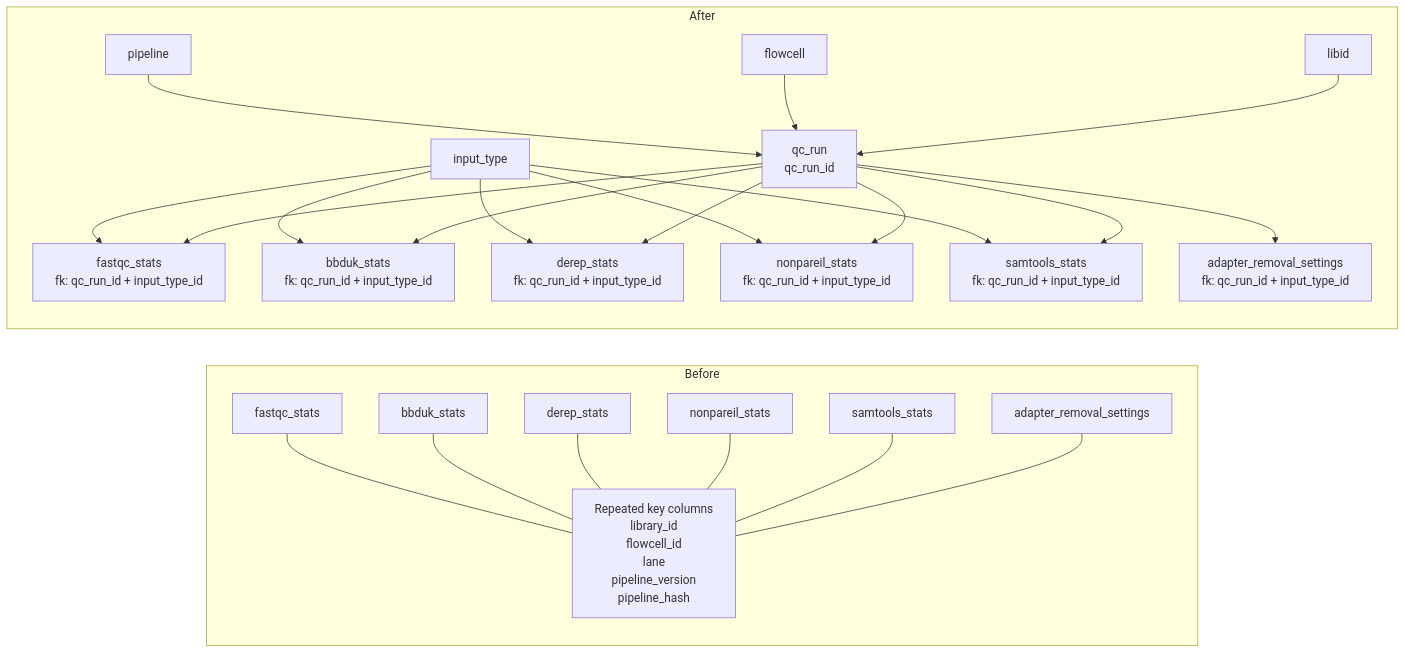
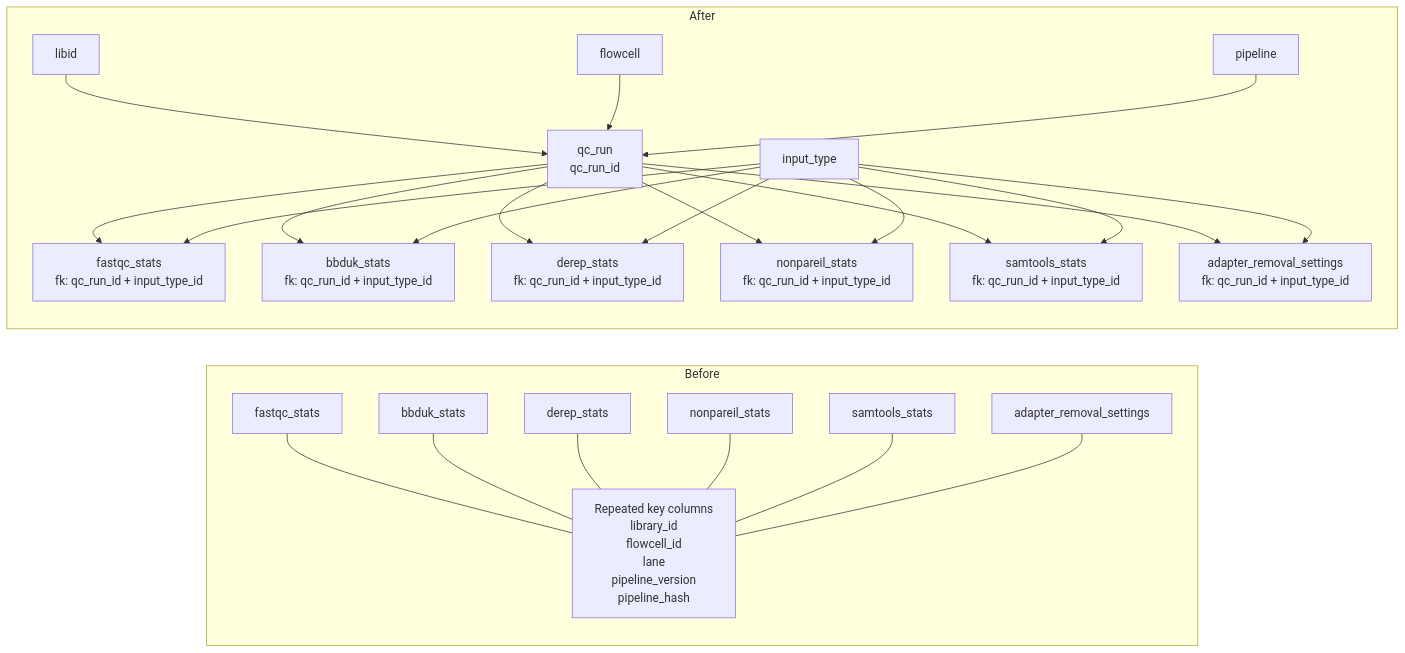
One commit to GeoGenetics/qc-parser changed the second of 2 diagrams in diagrams/main diagrams/original_normalized.md. Above: the diagram before and after it, drawn with Mermaid. The commit also changed other lines of this file, not shown here.

First line of the commit message:
Enhance diagram with adapter removal settings

````diff
--- a/diagrams/main diagrams/original_normalized.md
+++ b/diagrams/main diagrams/original_normalized.md
@@ -375,51 +376,52 @@
 ```mermaid
 flowchart LR
     subgraph BEFORE["Before"]
         OLDKEY["Repeated key columns\nlibrary_id\nflowcell_id\nlane\npipeline_version\npipeline_hash"]
         OLDFASTQC["fastqc_stats"]
         OLDBBDUK["bbduk_stats"]
         OLDDEREP["derep_stats"]
         OLDNONP["nonpareil_stats"]
         OLDSAM["samtools_stats"]
         OLDADAPT["adapter_removal_settings"]
 
         OLDFASTQC --- OLDKEY
         OLDBBDUK --- OLDKEY
         OLDDEREP --- OLDKEY
         OLDNONP --- OLDKEY
         OLDSAM --- OLDKEY
         OLDADAPT --- OLDKEY
     end
 
     subgraph AFTER["After"]
         LIB["libid"]
         FC["flowcell"]
         PIPE["pipeline"]
         IT["input_type"]
         RUN["qc_run\nqc_run_id"]
 
         NEWFASTQC["fastqc_stats\nfk: qc_run_id + input_type_id"]
         NEWBBDUK["bbduk_stats\nfk: qc_run_id + input_type_id"]
         NEWDEREP["derep_stats\nfk: qc_run_id + input_type_id"]
         NEWNONP["nonpareil_stats\nfk: qc_run_id + input_type_id"]
         NEWSAM["samtools_stats\nfk: qc_run_id + input_type_id"]
         NEWADAPT["adapter_removal_settings\nfk: qc_run_id + input_type_id"]
 
         LIB --> RUN
         FC --> RUN
         PIPE --> RUN
 
         RUN --> NEWFASTQC
         RUN --> NEWBBDUK
         RUN --> NEWDEREP
         RUN --> NEWNONP
         RUN --> NEWSAM
         RUN --> NEWADAPT
 
         IT --> NEWFASTQC
         IT --> NEWBBDUK
         IT --> NEWDEREP
         IT --> NEWNONP
         IT --> NEWSAM
+        IT --> NEWADAPT
     end
 ```
````
